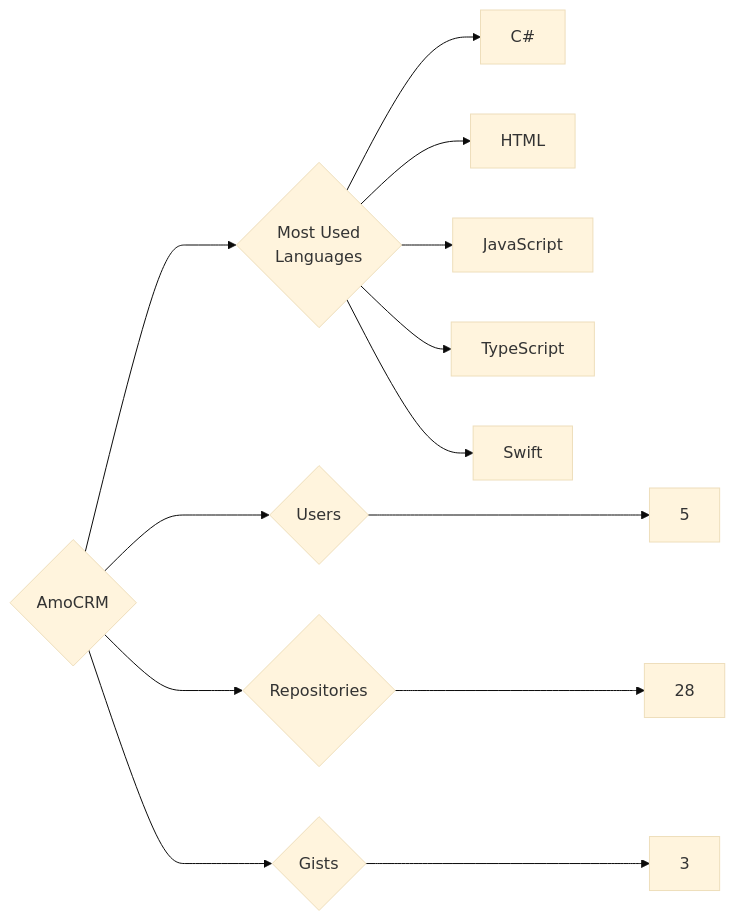
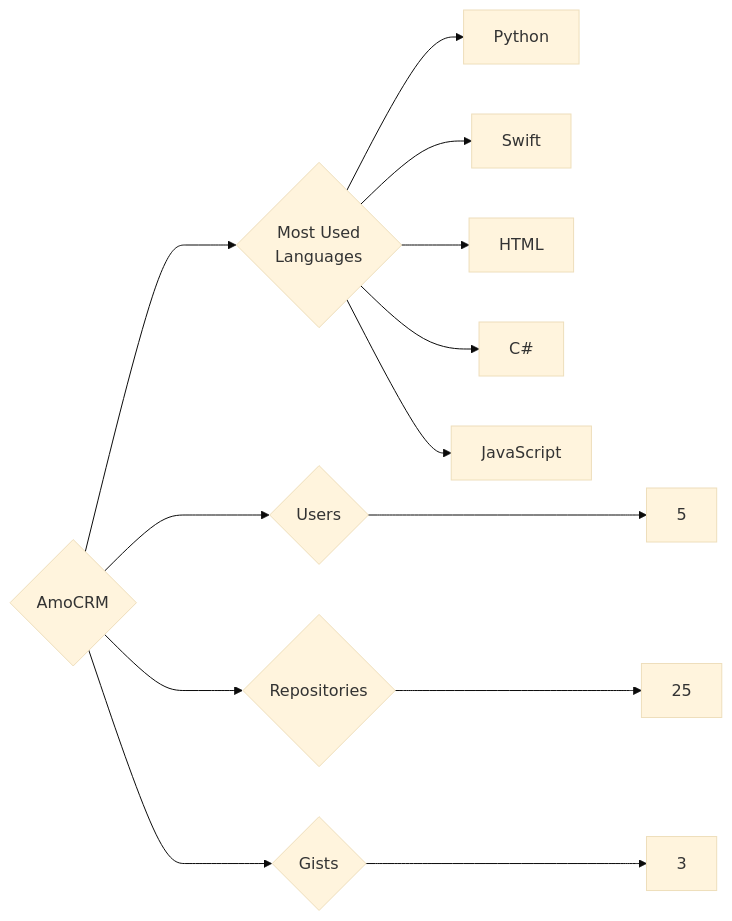
Before and after one commit to trickest/insiders: the diagram in targets/AmoCRM/README.md, drawn with Mermaid (base theme). The commit also changed 724 other files, not shown here.

````diff
--- a/targets/AmoCRM/README.md
+++ b/targets/AmoCRM/README.md
@@ -3,13 +3,13 @@
 ```mermaid
 graph LR
 COMPANY_NAME{AmoCRM}
 COMPANY_NAME ---> U{Users} ---> UN[5]
-COMPANY_NAME ---> R{Repositories} ---> RN[28]
+COMPANY_NAME ---> R{Repositories} ---> RN[25]
 COMPANY_NAME ---> G{Gists} ---> GN[3]
 COMPANY_NAME ---> ML{Most Used<br>Languages}
+ML --> Python[Python]
+ML --> Swift[Swift]
+ML --> HTML[HTML]
 ML --> C#[C#]
-ML --> HTML[HTML]
 ML --> JavaScript[JavaScript]
-ML --> TypeScript[TypeScript]
-ML --> Swift[Swift]
 ```
````
